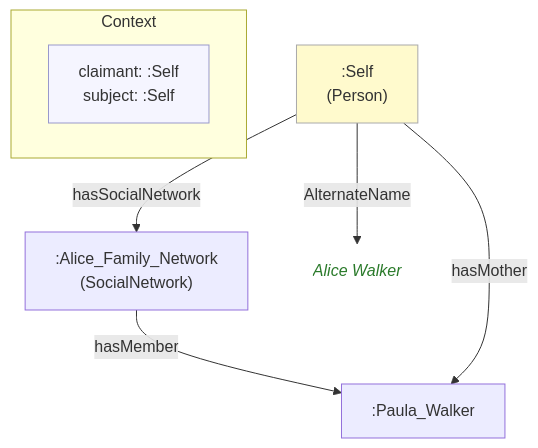
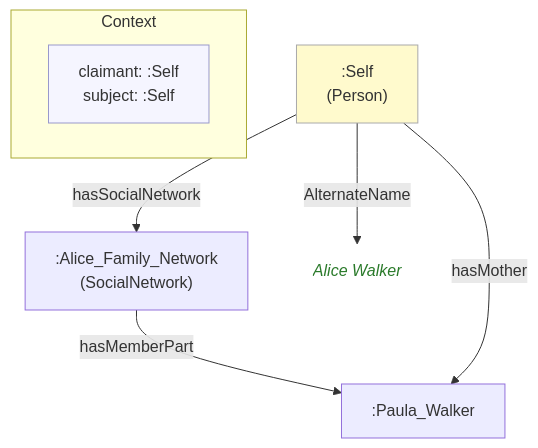
Before and after one commit to MeeFoundation/mia-ontologies: the diagram in example/contexts/images/self.self(paula-walker)(immediate-family)(21).mmd, drawn with Mermaid. The commit also changed 331 other files, not shown here.

```diff
--- a/example/contexts/images/self.self(paula-walker)(immediate-family)(21).mmd
+++ b/example/contexts/images/self.self(paula-walker)(immediate-family)(21).mmd
@@ -1,21 +1,21 @@
 flowchart TD
     classDef person fill:#fffacd,stroke:#aaa,color:#333
     classDef grp    fill:#d4edda,stroke:#aaa,color:#333
     classDef org    fill:#cce5ff,stroke:#aaa,color:#333
     classDef lit    fill:none,stroke:none,font-style:italic,color:#2a7a2a
     classDef meta   fill:#f5f5ff,stroke:#9999cc,color:#333
 
     subgraph ctx["Context"]
         direction LR
         ctx_meta["claimant: :Self\nsubject: :Self"]:::meta
     end
 
     n29ddd4160a4b[":Alice_Family_Network\n(SocialNetwork)"]
     nb654756d5ced[":Paula_Walker"]
     ne0c3ba92f1db[":Self\n(Person)"]:::person
-    n834cdbe45d8f("Alice Walker"):::lit
+    n47da338525d0("Alice Walker"):::lit
 
-    n29ddd4160a4b -->|"hasMember"| nb654756d5ced
-    ne0c3ba92f1db -->|"AlternateName"| n834cdbe45d8f
+    n29ddd4160a4b -->|"hasMemberPart"| nb654756d5ced
+    ne0c3ba92f1db -->|"AlternateName"| n47da338525d0
     ne0c3ba92f1db -->|"hasMother"| nb654756d5ced
     ne0c3ba92f1db -->|"hasSocialNetwork"| n29ddd4160a4b
```
